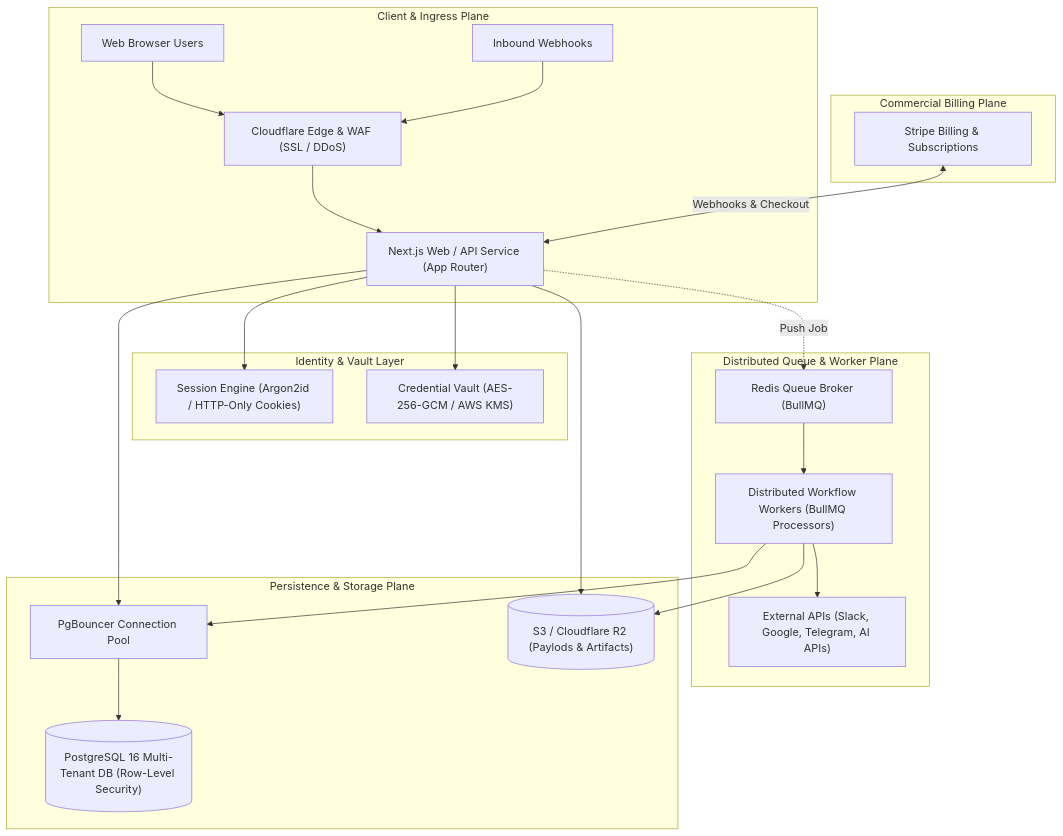
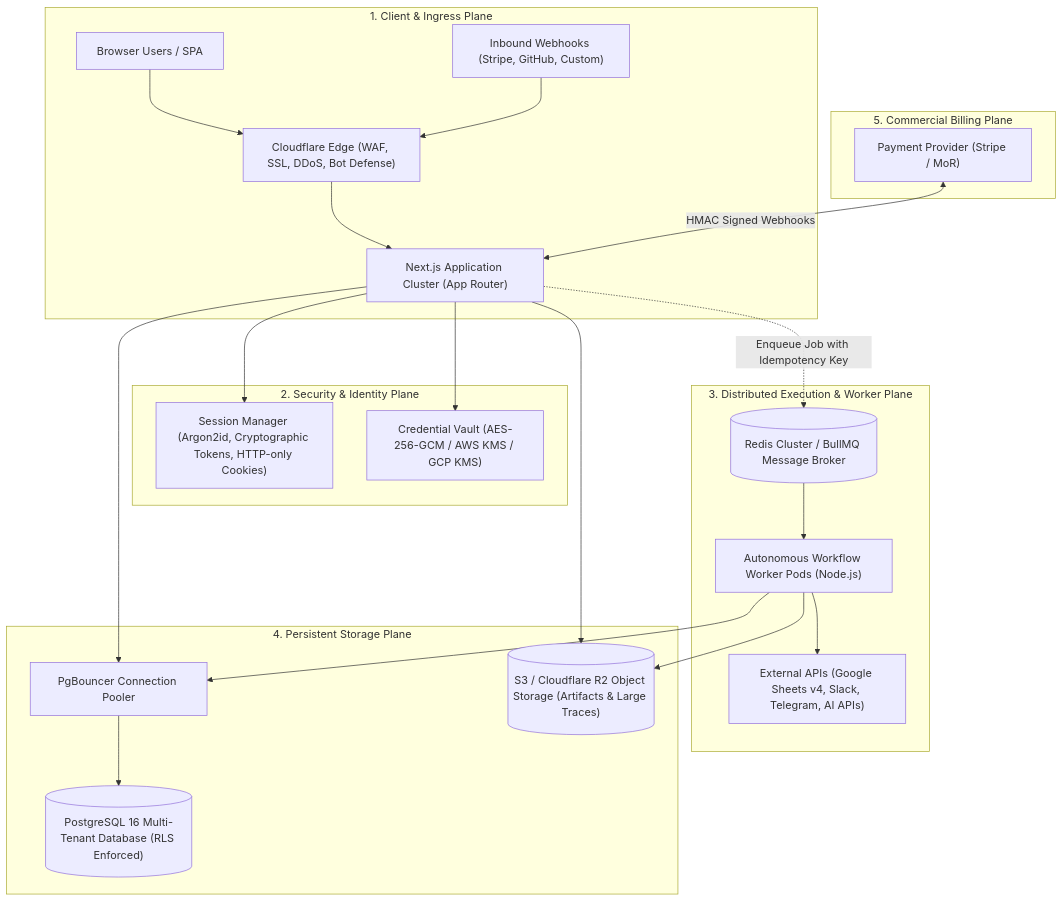
Before and after one commit to heyshahid/flowpilot: the first of 2 diagrams in docs/PHASE_10_PRODUCTION_ARCHITECTURE.md, drawn with Mermaid. The commit also changed other lines of this file and 2 other files, not shown here.

Commit message:
docs(phase10a): complete architecture ADRs, checklist & final review report

````diff
--- a/docs/PHASE_10_PRODUCTION_ARCHITECTURE.md
+++ b/docs/PHASE_10_PRODUCTION_ARCHITECTURE.md
@@ -16,31 +19,31 @@
 ```mermaid
 flowchart TB
-    subgraph ClientPlane ["Client & Ingress Plane"]
-        Users["Web Browser Users"] --> CDN["Cloudflare Edge & WAF (SSL / DDoS)"]
-        Webhooks["Inbound Webhooks"] --> CDN
-        CDN --> NextServer["Next.js Web / API Service (App Router)"]
+    subgraph ClientIngress ["1. Client & Ingress Plane"]
+        Users["Browser Users / SPA"] --> CDN["Cloudflare Edge (WAF, SSL, DDoS, Bot Defense)"]
+        Webhooks["Inbound Webhooks (Stripe, GitHub, Custom)"] --> CDN
+        CDN --> NextApp["Next.js Application Cluster (App Router)"]
     end
 
-    subgraph SecurityAuth ["Identity & Vault Layer"]
-        NextServer --> SessionAuth["Session Engine (Argon2id / HTTP-Only Cookies)"]
-        NextServer --> Vault["Credential Vault (AES-256-GCM / AWS KMS)"]
+    subgraph SecurityVault ["2. Security & Identity Plane"]
+        NextApp --> SessionEngine["Session Manager (Argon2id, Cryptographic Tokens, HTTP-only Cookies)"]
+        NextApp --> VaultService["Credential Vault (AES-256-GCM / AWS KMS / GCP KMS)"]
     end
 
-    subgraph QueuePlane ["Distributed Queue & Worker Plane"]
-        NextServer -.->|Push Job| BullMQ["Redis Queue Broker (BullMQ)"]
-        BullMQ --> WorkerPool["Distributed Workflow Workers (BullMQ Processors)"]
-        WorkerPool --> ExtAPIs["External APIs (Slack, Google, Telegram, AI APIs)"]
+    subgraph DistributedQueue ["3. Distributed Execution & Worker Plane"]
+        NextApp -.->|Enqueue Job with Idempotency Key| RedisQueue[("Redis Cluster / BullMQ Message Broker")]
+        RedisQueue --> WorkerPool["Autonomous Workflow Worker Pods (Node.js)"]
+        WorkerPool --> ExtIntegrations["External APIs (Google Sheets v4, Slack, Telegram, AI APIs)"]
     end
 
-    subgraph DataPlane ["Persistence & Storage Plane"]
-        NextServer --> PgPool["PgBouncer Connection Pool"]
-        WorkerPool --> PgPool
-        PgPool --> Postgres[("PostgreSQL 16 Multi-Tenant DB (Row-Level Security)")]
-        NextServer --> ObjectStore[("S3 / Cloudflare R2 (Paylods & Artifacts)")]
-        WorkerPool --> ObjectStore
+    subgraph PersistentData ["4. Persistent Storage Plane"]
+        NextApp --> PgBouncer["PgBouncer Connection Pooler"]
+        WorkerPool --> PgBouncer
+        PgBouncer --> PostgresDB[("PostgreSQL 16 Multi-Tenant Database (RLS Enforced)")]
+        NextApp --> BlobStore[("S3 / Cloudflare R2 Object Storage (Artifacts & Large Traces)")]
+        WorkerPool --> BlobStore
     end
 
-    subgraph BillingPlane ["Commercial Billing Plane"]
-        Stripe["Stripe Billing & Subscriptions"] <-->|Webhooks & Checkout| NextServer
+    subgraph CommercialBilling ["5. Commercial Billing Plane"]
+        StripeGateway["Payment Provider (Stripe / MoR)"] <-->|HMAC Signed Webhooks| NextApp
     end
 ```
````
